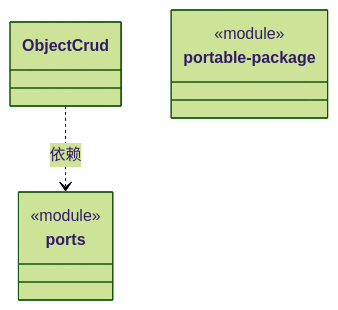
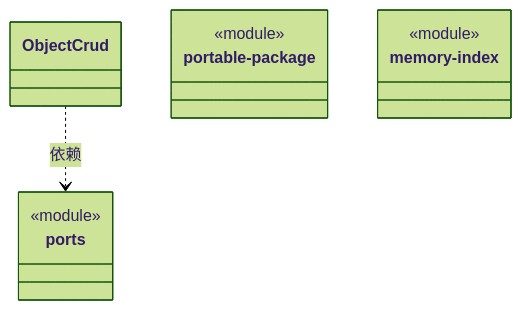
One commit to nan023062/cbim changed the second of 2 diagrams in src/logic/knowledge/rules/ARCHITECTURE.md. Above: the diagram before and after it, drawn with Mermaid (forest theme). The commit also changed other lines of this file and 136 other files, not shown here.

````diff
--- a/src/logic/knowledge/rules/ARCHITECTURE.md
+++ b/src/logic/knowledge/rules/ARCHITECTURE.md
@@ -55,14 +62,18 @@
 ```mermaid
 classDiagram
 class N_c0cc3923403e["ObjectCrud"]
 click N_c0cc3923403e href "object-crud.ts"
 class N_46a3a7b22ab1["ports"] {
   <<module>>
 }
 click N_46a3a7b22ab1 href "ports.ts"
 class N_6652180623f8["portable-package"] {
   <<module>>
 }
 click N_6652180623f8 href "portable-package.ts"
+class N_bd98e7274dce["memory-index"] {
+  <<module>>
+}
+click N_bd98e7274dce href "memory-index.ts"
 N_c0cc3923403e ..> N_46a3a7b22ab1 : 依赖
 ```
````
